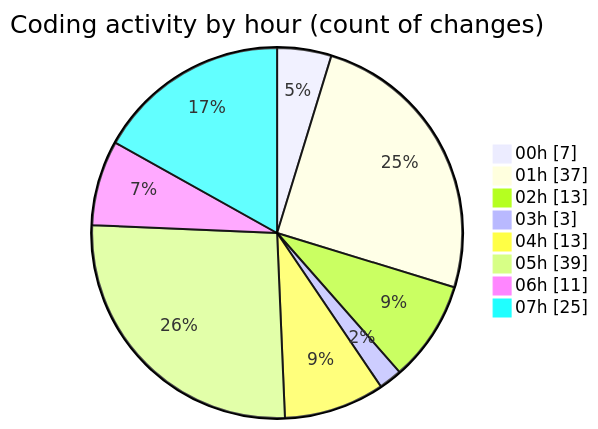
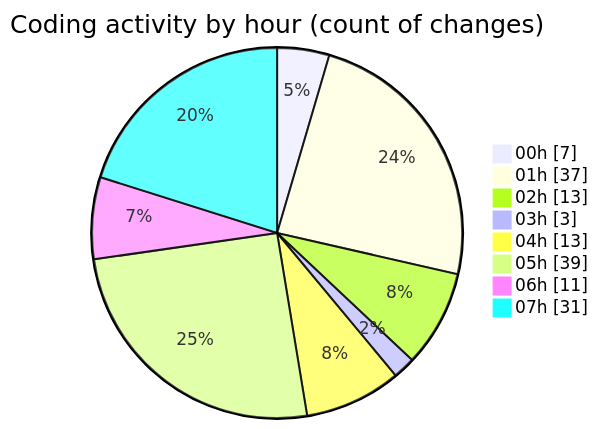
Before and after one commit to charlie-sans/code-tracking: the second of 2 diagrams in 2025-02-23/micros/README.md, drawn with Mermaid. The commit also changed other lines of this file and 1 other file, not shown here.

````diff
--- a/2025-02-23/micros/README.md
+++ b/2025-02-23/micros/README.md
@@ -64,12 +65,12 @@
 ```mermaid
 pie showData
 title Coding activity by hour (count of changes)
 "00h" : 7
 "01h" : 37
 "02h" : 13
 "03h" : 3
 "04h" : 13
 "05h" : 39
 "06h" : 11
-"07h" : 25
+"07h" : 31
 ```
````
